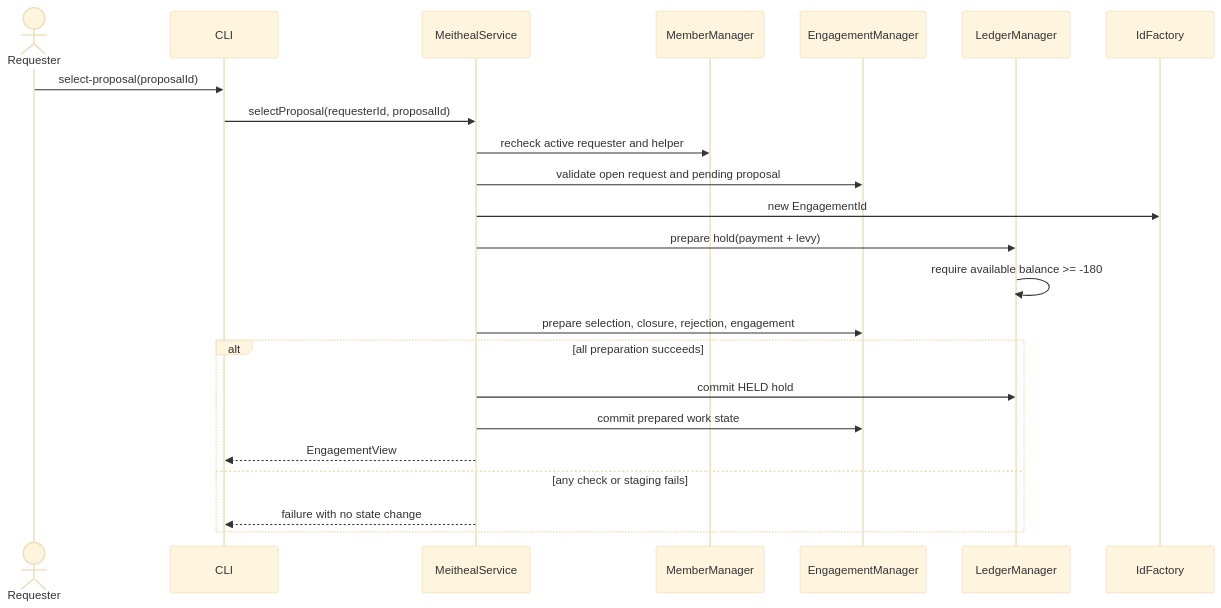
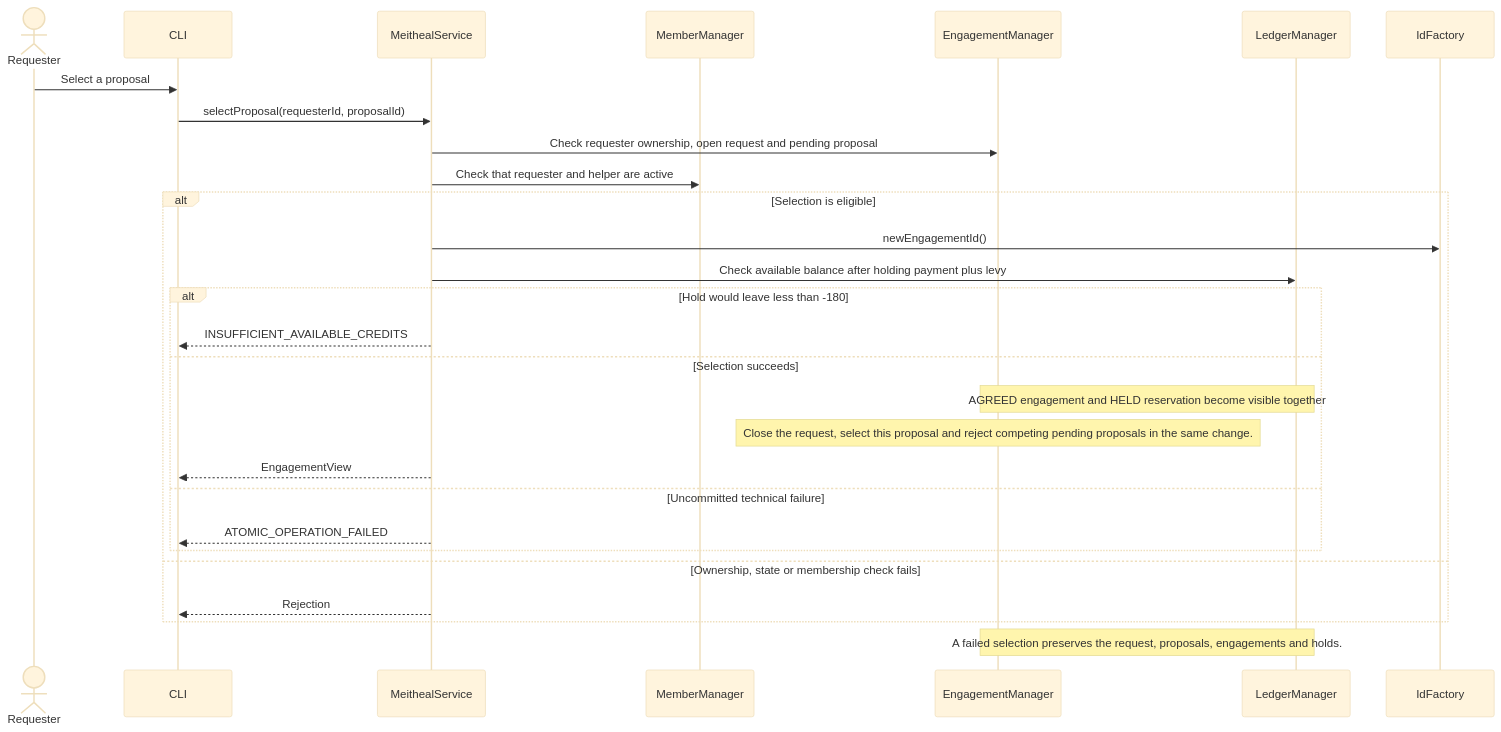
Before and after one commit to MoazMR/COMP41670-Excursions: the third of 7 diagrams in docs/design/SequenceDiagrams.md, drawn with Mermaid (base theme). The commit also changed other lines of this file and 6 other files, not shown here.

````diff
--- a/docs/design/SequenceDiagrams.md
+++ b/docs/design/SequenceDiagrams.md
@@ -57,26 +74,31 @@
 ```mermaid
 sequenceDiagram
     actor Requester
     participant CLI
     participant Service as MeithealService
     participant Members as MemberManager
     participant Work as EngagementManager
     participant Ledger as LedgerManager
     participant IDs as IdFactory
 
-    Requester->>CLI: select-proposal(proposalId)
+    Requester->>CLI: Select a proposal
     CLI->>Service: selectProposal(requesterId, proposalId)
-    Service->>Members: recheck active requester and helper
-    Service->>Work: validate open request and pending proposal
-    Service->>IDs: new EngagementId
-    Service->>Ledger: prepare hold(payment + levy)
-    Ledger->>Ledger: require available balance >= -180
-    Service->>Work: prepare selection, closure, rejection, engagement
-    alt all preparation succeeds
-        Service->>Ledger: commit HELD hold
-        Service->>Work: commit prepared work state
-        Service-->>CLI: EngagementView
-    else any check or staging fails
-        Service-->>CLI: failure with no state change
+    Service->>Work: Check requester ownership, open request and pending proposal
+    Service->>Members: Check that requester and helper are active
+    alt Selection is eligible
+        Service->>IDs: newEngagementId()
+        Service->>Ledger: Check available balance after holding payment plus levy
+        alt Hold would leave less than -180
+            Service-->>CLI: INSUFFICIENT_AVAILABLE_CREDITS
+        else Selection succeeds
+            Note over Work,Ledger: AGREED engagement and HELD reservation become visible together
+            Note over Work: Close the request, select this proposal and reject competing pending proposals in the same change.
+            Service-->>CLI: EngagementView
+        else Uncommitted technical failure
+            Service-->>CLI: ATOMIC_OPERATION_FAILED
+        end
+    else Ownership, state or membership check fails
+        Service-->>CLI: Rejection
     end
+    Note over Work,Ledger: A failed selection preserves the request, proposals, engagements and holds.
 ```
````
